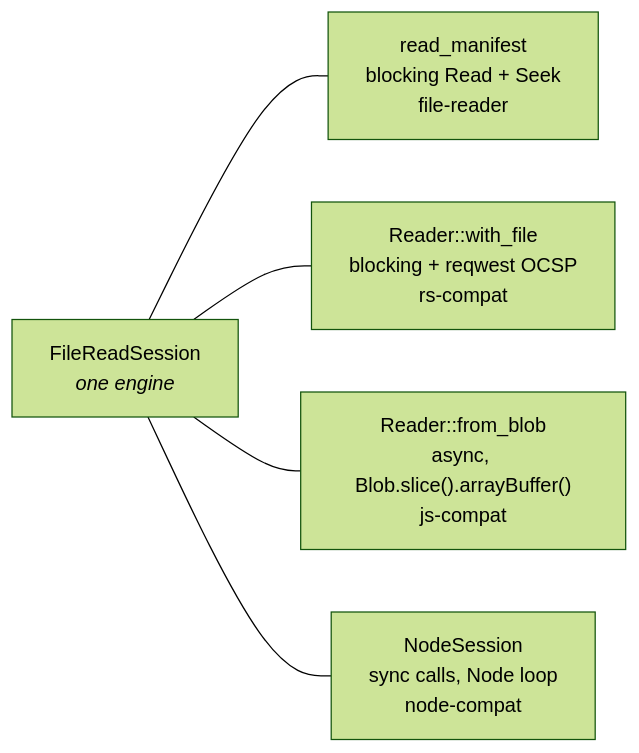
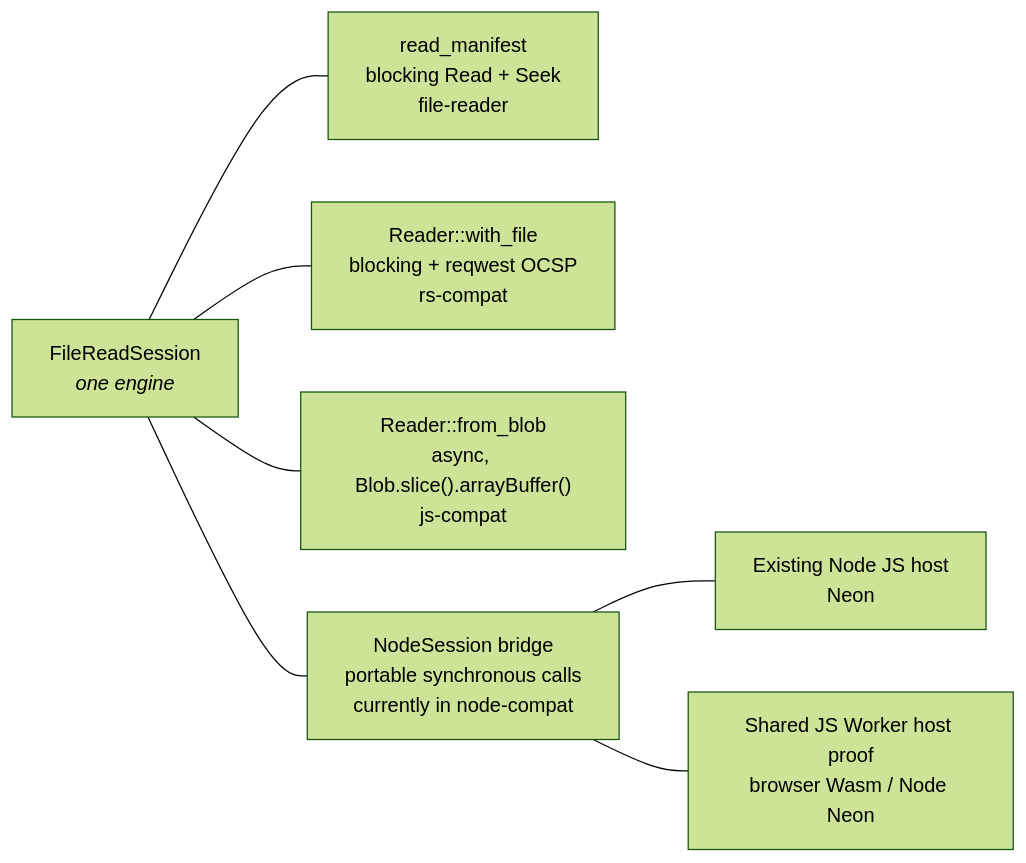
The third of 3 diagrams in docs/walkthrough/03-read-path.md (scouten/state-machine-experiment), drawn with Mermaid (forest theme) before and after one commit. The commit also changed other lines of this file and 25 other files, not shown here.

First line of the commit message:
Add shared Worker host proof over Wasm and Neon

````diff
--- a/docs/walkthrough/03-read-path.md
+++ b/docs/walkthrough/03-read-path.md
@@ -91,8 +91,10 @@
 ```mermaid
 flowchart LR
     S["FileReadSession<br/><i>one engine</i>"]
     S --- H1["read_manifest<br/>blocking Read + Seek<br/>file-reader"]
     S --- H2["Reader::with_file<br/>blocking + reqwest OCSP<br/>rs-compat"]
     S --- H3["Reader::from_blob<br/>async, Blob.slice().arrayBuffer()<br/>js-compat"]
-    S --- H4["NodeSession<br/>sync calls, Node loop<br/>node-compat"]
+    S --- H4["NodeSession bridge<br/>portable synchronous calls<br/>currently in node-compat"]
+    H4 --- N["Existing Node JS host<br/>Neon"]
+    H4 --- W["Shared JS Worker host proof<br/>browser Wasm / Node Neon"]
 ```
````
